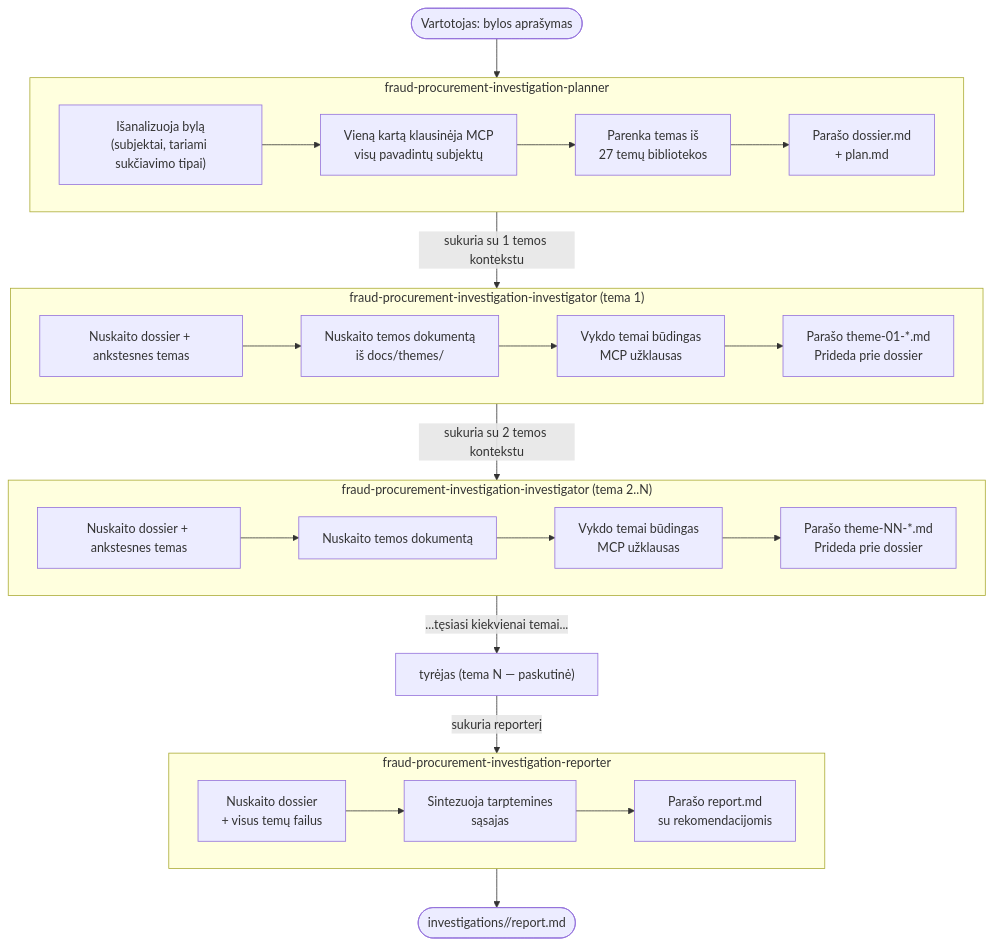
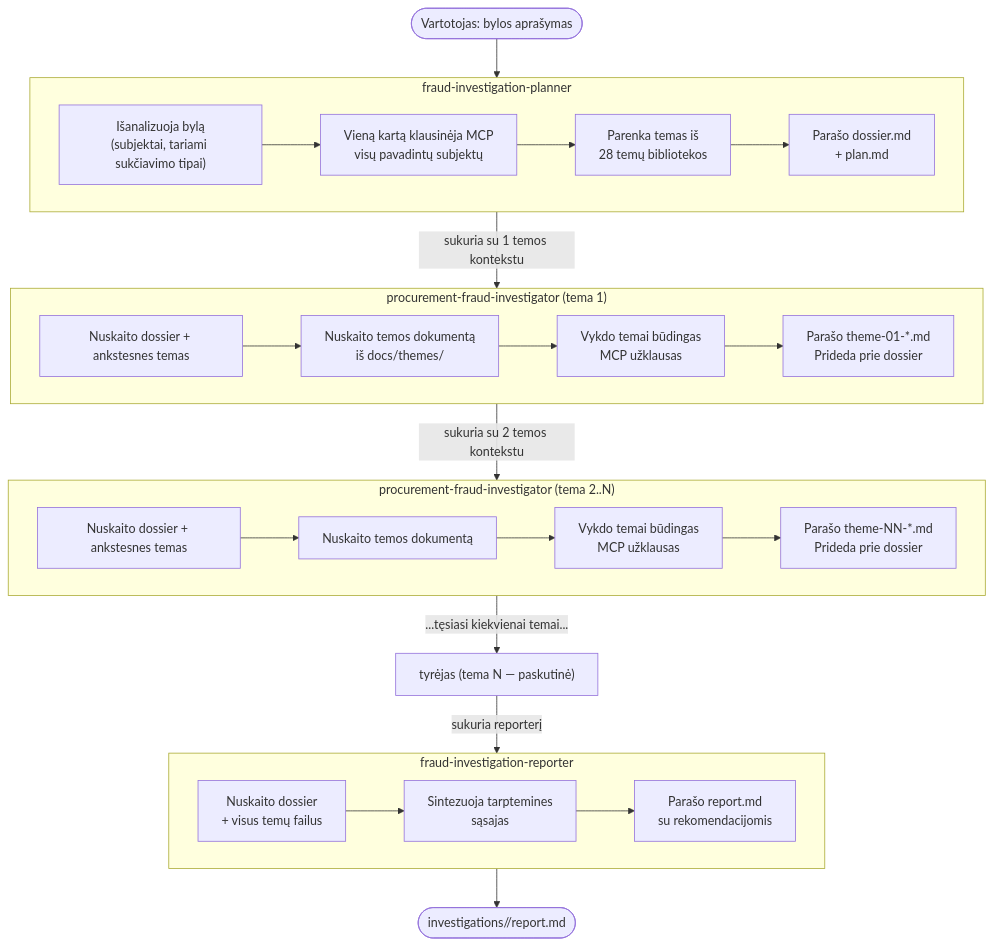
Before and after one commit to Viespirkiu-grupe/Tyras: the diagram in README.md, drawn with Mermaid. The commit also changed other lines of this file and 9 other files, not shown here.

Commit message:
Refactor and enhance documentation for procurement fraud investigation themes

````diff
--- a/README.md
+++ b/README.md
@@ -72,44 +72,44 @@
 ```mermaid
 flowchart TD
     User(["Vartotojas: bylos aprašymas"]) --> Planner
 
-    subgraph Planner["fraud-procurement-investigation-planner"]
+    subgraph Planner["fraud-investigation-planner"]
         P1["Išanalizuoja bylą\n(subjektai, tariami sukčiavimo tipai)"]
         P2["Vieną kartą klausinėja MCP\nvisų pavadintų subjektų"]
-        P3["Parenka temas iš\n27 temų bibliotekos"]
+        P3["Parenka temas iš\n28 temų bibliotekos"]
         P4["Parašo dossier.md\n+ plan.md"]
         P1 --> P2 --> P3 --> P4
     end
 
     Planner -->|" sukuria su 1 temos kontekstu "| Inv1
 
-    subgraph Inv1["fraud-procurement-investigation-investigator (tema 1)"]
+    subgraph Inv1["procurement-fraud-investigator (tema 1)"]
         I1a["Nuskaito dossier + ankstesnes temas"]
         I1b["Nuskaito temos dokumentą\niš docs/themes/"]
         I1c["Vykdo temai būdingas\nMCP užklausas"]
         I1d["Parašo theme-01-*.md\nPrideda prie dossier"]
         I1a --> I1b --> I1c --> I1d
     end
 
     Inv1 -->|" sukuria su 2 temos kontekstu "| Inv2
 
-    subgraph Inv2["fraud-procurement-investigation-investigator (tema 2..N)"]
+    subgraph Inv2["procurement-fraud-investigator (tema 2..N)"]
         I2a["Nuskaito dossier + ankstesnes temas"]
         I2b["Nuskaito temos dokumentą"]
         I2c["Vykdo temai būdingas\nMCP užklausas"]
         I2d["Parašo theme-NN-*.md\nPrideda prie dossier"]
         I2a --> I2b --> I2c --> I2d
     end
 
     Inv2 -->|" ...tęsiasi kiekvienai temai... "| InvN["tyrėjas (tema N — paskutinė)"]
     InvN -->|" sukuria reporterį "| Reporter
 
-    subgraph Reporter["fraud-procurement-investigation-reporter"]
+    subgraph Reporter["fraud-investigation-reporter"]
         R1["Nuskaito dossier\n+ visus temų failus"]
         R2["Sintezuoja tarptemines\nsąsajas"]
         R3["Parašo report.md\nsu rekomendacijomis"]
         R1 --> R2 --> R3
     end
 
     Reporter --> Output(["investigations/<case-id>/report.md"])
 ```
````
